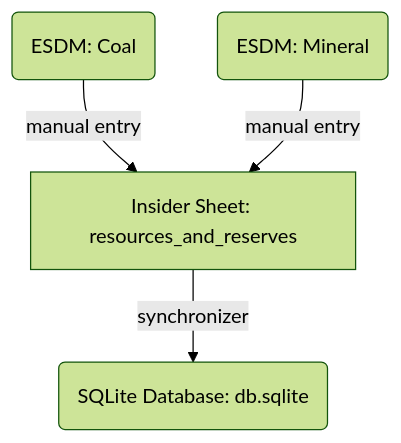
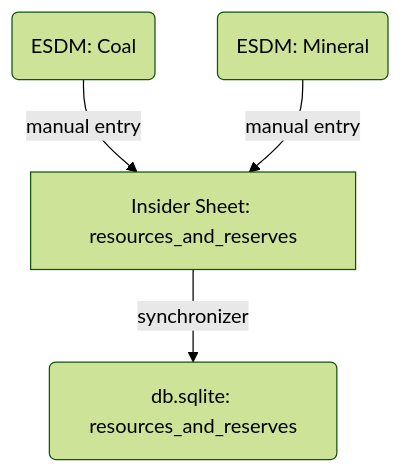
The fifth of 6 diagrams in README.md (supertypeai/coalresearch), drawn with Mermaid (forest theme) before and after one commit. The commit also changed other lines of this file, not shown here.

````diff
--- a/README.md
+++ b/README.md
@@ -275,11 +313,11 @@
 ```mermaid
 graph TD
   A1(ESDM: Coal) -->|manual entry| B
   A2(ESDM: Mineral) -->|manual entry| B
-  B[Insider Sheet: resources_and_reserves] -->|synchronizer| C(SQLite Database: db.sqlite)
+  B[Insider Sheet: resources_and_reserves] -->|synchronizer| C(db.sqlite: resources_and_reserves)
 
   %% Add clickable links to each node
   click A1 "https://www.esdm.go.id/assets/media/content/content-handbook-of-energy-and-economic-statistics-of-indonesia-2024.pdf" _blank
   click A2 "https://geologi.esdm.go.id/storage/publikasi/JNMrP75x2gPzuli5paCho7uAfJbRpU4ZuOB2pLE7.pdf" _blank
   click B "https://docs.google.com/spreadsheets/d/19wfJ2fc9qKeR22dMIO2rEQLkit8E4bGsHA1u0USqTQk/edit?gid=2049719033#gid=2049719033" _blank
 ```
````
